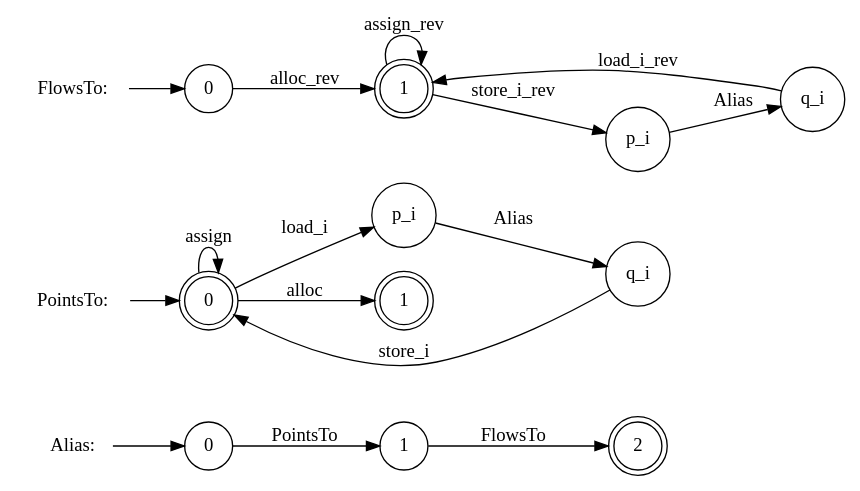
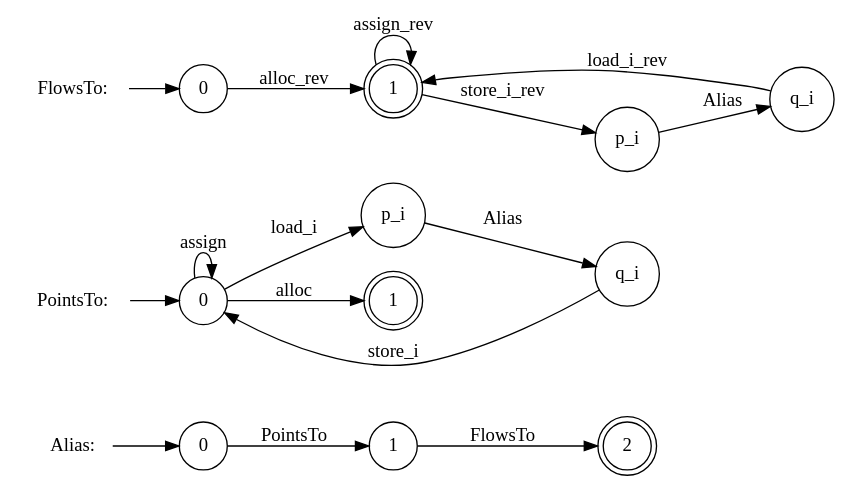
Before and after one commit to homka122/CFG_bench: the diagram in data/grammars/RSM_figures/java_points_to.dot, drawn with Graphviz. The commit also changed 1 other file, not shown here.

```diff
--- a/data/grammars/RSM_figures/java_points_to.dot
+++ b/data/grammars/RSM_figures/java_points_to.dot
@@ -1,39 +1,39 @@
 digraph g {
     rankdir = LR
     subgraph Alias{
         
         0[shape = none, label = "Alias: "]
         1[shape = circle, label ="0"]
         2[shape = circle, label = "1"]
         3[shape = doublecircle, label = "2"]        
         0->1
         1->2[label="PointsTo"]
         2->3[label="FlowsTo"]
     }
     subgraph PointsTo{
         v_0[shape=none, label = "PointsTo: "]
-        v_1[shape=doublecircle, label ="0"]
+        v_1[shape=circle, label ="0"]
         v_2[shape=circle, label ="p_i"]
         v_3[shape=circle, label ="q_i"]
         v_4[shape=doublecircle, label ="1"]
         v_0->v_1
         v_1 -> v_1 [label="assign"]
         v_1 -> v_4 [label="alloc"]
         v_1 -> v_2 [label="load_i"]
         v_2 -> v_3 [label="Alias"]
         v_3 -> v_1 [label="store_i"]
     }
         subgraph FlowsTo{
         u_0[shape=none, label = "FlowsTo: "]
         u_1[shape=circle, label ="0"]
         u_2[shape=circle, label ="p_i"]
         u_3[shape=circle, label ="q_i"]
         u_4[shape=doublecircle, label ="1"]
         u_0->u_1
         u_1 -> u_4 [label="alloc_rev"]
         u_4 -> u_2 [label="store_i_rev"]
         u_2 -> u_3 [label="Alias"]
         u_3 -> u_4 [label="load_i_rev"]
         u_4 -> u_4 [label="assign_rev"]
     }
 }
```
